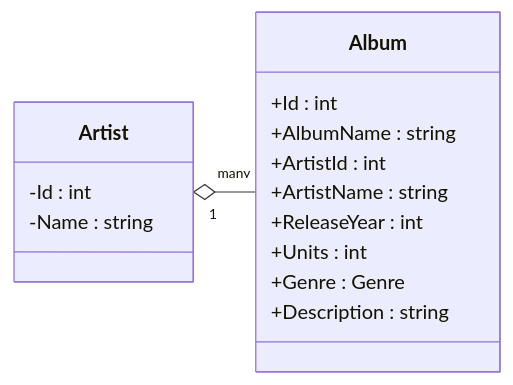
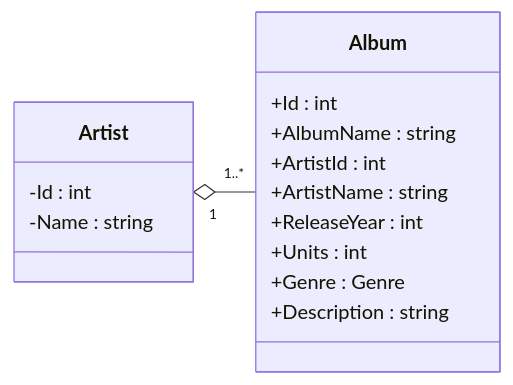
One commit to thecodingrunner/RecordApplication changed the second of 2 diagrams in README.md. Above: the diagram before and after it, drawn with Mermaid. The commit also changed other lines of this file, not shown here.

````diff
--- a/README.md
+++ b/README.md
@@ -16,19 +21,19 @@
 ```mermaid
 classDiagram
   direction RL
   class Album {
     +Id : int
     +AlbumName : string
     +ArtistId : int
     +ArtistName : string
     +ReleaseYear : int
     +Units : int
     +Genre : Genre
     +Description : string
   }
   class Artist {
     -Id : int
     -Name : string
   }
-  Album "many" --o "1" Artist
+  Album "1..*" --o "1" Artist
 ```
````
